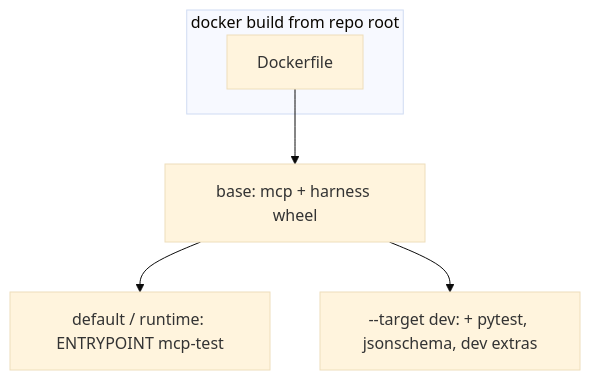
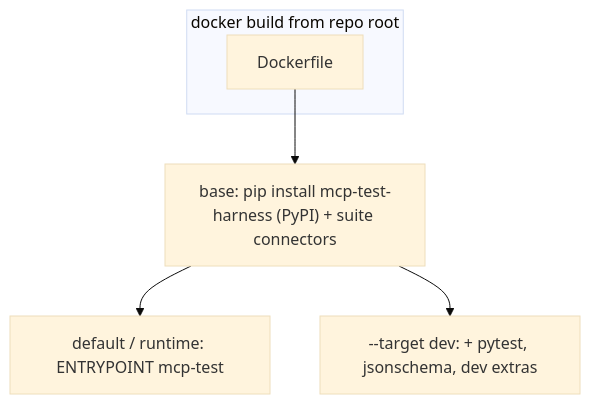
The diagram in docs/DOCKER.md (vaquarkhan/mcp-test-suite), drawn with Mermaid (base theme) before and after one commit. The commit also changed 299 other files, not shown here.

First line of the commit message:
Ship suite as PyPI connectors with visible docs and download guides.

````diff
--- a/docs/DOCKER.md
+++ b/docs/DOCKER.md
@@ -19,9 +19,9 @@
 ```mermaid
 flowchart TB
   subgraph build["docker build from repo root"]
     DF["Dockerfile"]
   end
-  DF --> B["base: mcp + harness wheel"]
+  DF --> B["base: pip install mcp-test-harness (PyPI) + suite connectors"]
   B --> R["default / runtime: ENTRYPOINT mcp-test"]
   B --> D["--target dev: + pytest, jsonschema, dev extras"]
 ```
````
